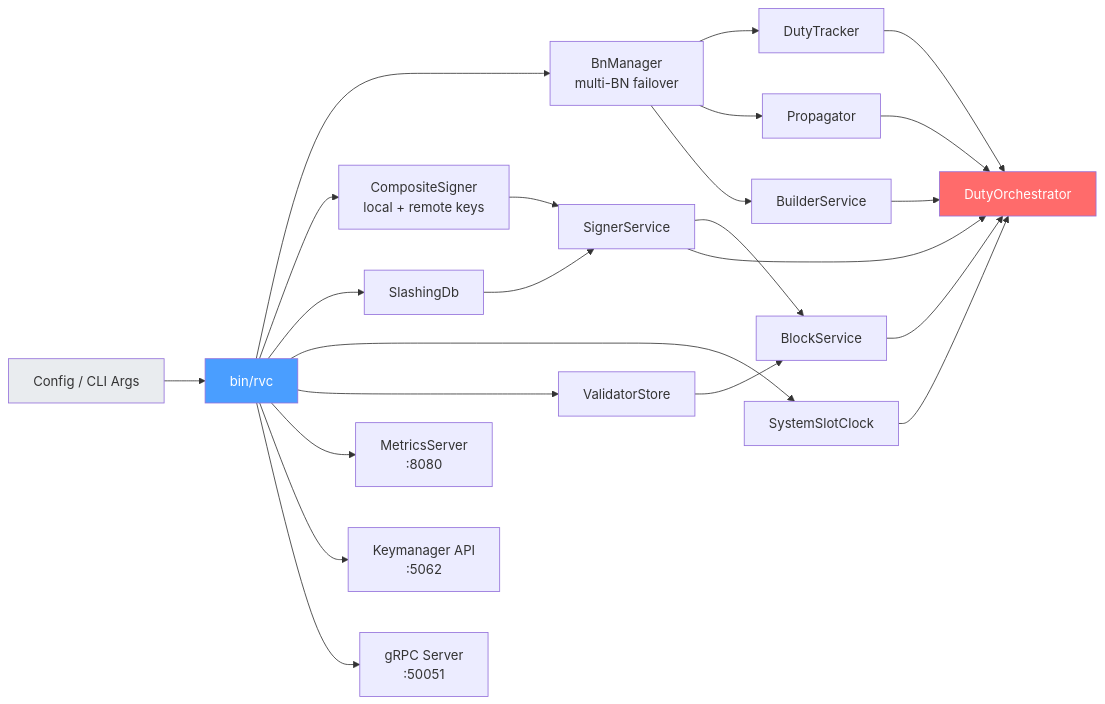
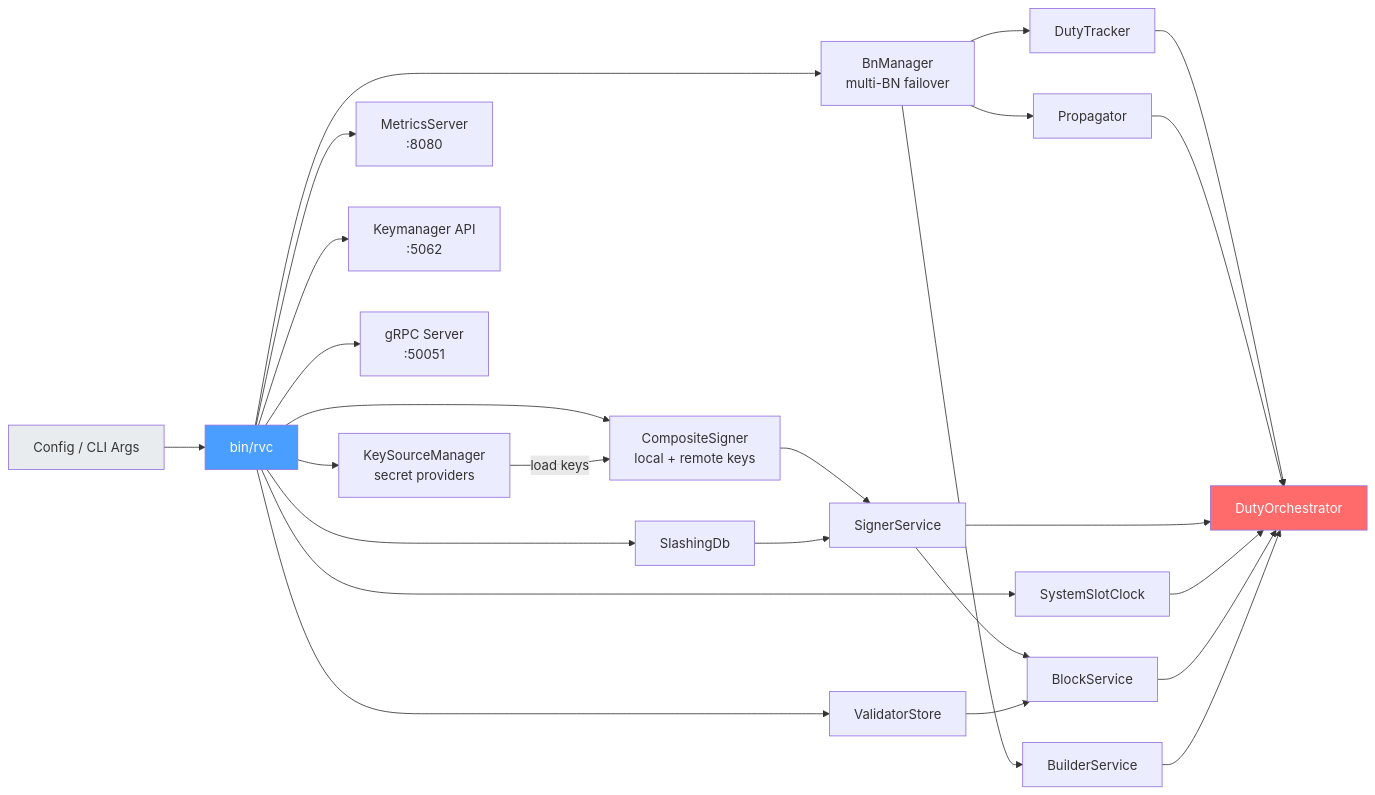
Before and after one commit to dsrvlabs/rvc: the eighth of 8 diagrams in ARCHITECTURE.md, drawn with Mermaid. The commit also changed other lines of this file and 2 other files, not shown here.

First line of the commit message:
docs: update architecture, README, and running guide for secret-provider crate

````diff
--- a/ARCHITECTURE.md
+++ b/ARCHITECTURE.md
@@ -344,35 +354,38 @@
 ```mermaid
 flowchart LR
     CONFIG[Config / CLI Args] --> BIN[bin/rvc]
 
     BIN --> BNM[BnManager<br/>multi-BN failover]
     BIN --> CS[CompositeSigner<br/>local + remote keys]
     BIN --> SDB[SlashingDb]
     BIN --> SC[SystemSlotClock]
     BIN --> VS[ValidatorStore]
+    BIN --> KSM[KeySourceManager<br/>secret providers]
+
+    KSM -->|load keys| CS
 
     BNM --> DT[DutyTracker]
     BNM --> PROP[Propagator]
     BNM --> BUILD[BuilderService]
 
     CS --> SS[SignerService]
     SDB --> SS
 
     SS --> BLOCK[BlockService]
     VS --> BLOCK
 
     DT --> ORCH[DutyOrchestrator]
     PROP --> ORCH
     SS --> ORCH
     SC --> ORCH
     BLOCK --> ORCH
     BUILD --> ORCH
 
     BIN --> MS[MetricsServer<br/>:8080]
     BIN --> KMA[Keymanager API<br/>:5062]
     BIN --> GRPC[gRPC Server<br/>:50051]
 
     style CONFIG fill:#e9ecef,color:#333
     style BIN fill:#4a9eff,color:#fff
     style ORCH fill:#ff6b6b,color:#fff
 ```
````
